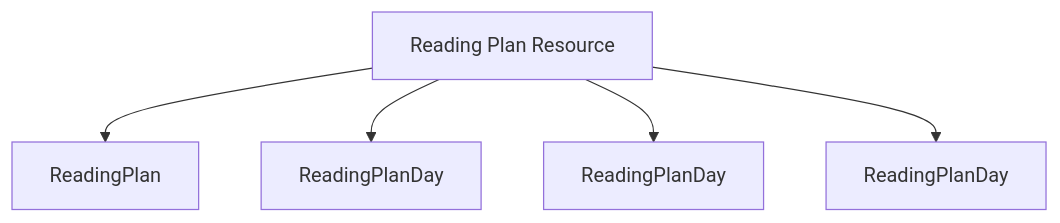
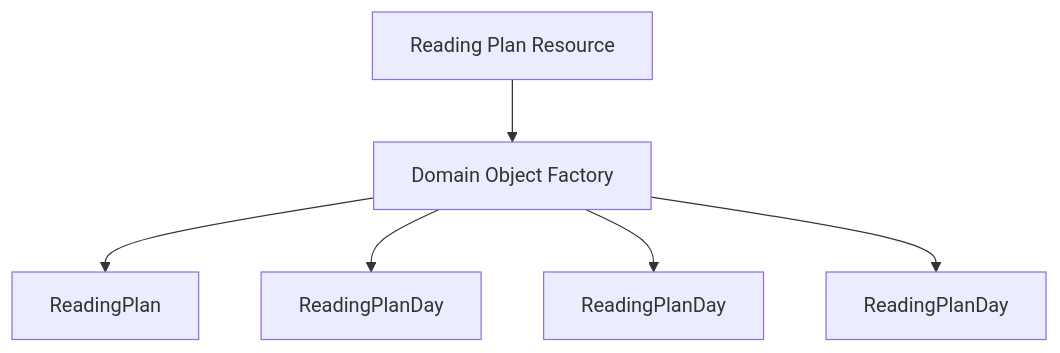
One commit to kjvonly/kjvonly.bible changed the ninth of 12 diagrams in docs/architecture/0002-domain-resource-model.md. Above: the diagram before and after it, drawn with Mermaid. The commit also changed other lines of this file and 3 other files, not shown here.

````diff
--- a/docs/architecture/0002-domain-resource-model.md
+++ b/docs/architecture/0002-domain-resource-model.md
@@ -662,10 +685,15 @@
 ```mermaid
 flowchart TD
 
     RESOURCE["Reading Plan Resource"]
 
-    RESOURCE --> PLAN["ReadingPlan"]
-    RESOURCE --> DAY1["ReadingPlanDay"]
-    RESOURCE --> DAY2["ReadingPlanDay"]
-    RESOURCE --> DAY3["ReadingPlanDay"]
+    RESOURCE --> FACTORY["Domain Object Factory"]
+
+    FACTORY --> PLAN["ReadingPlan"]
+
+    FACTORY --> DAY1["ReadingPlanDay"]
+
+    FACTORY --> DAY2["ReadingPlanDay"]
+
+    FACTORY --> DAY3["ReadingPlanDay"]
 ```
````
